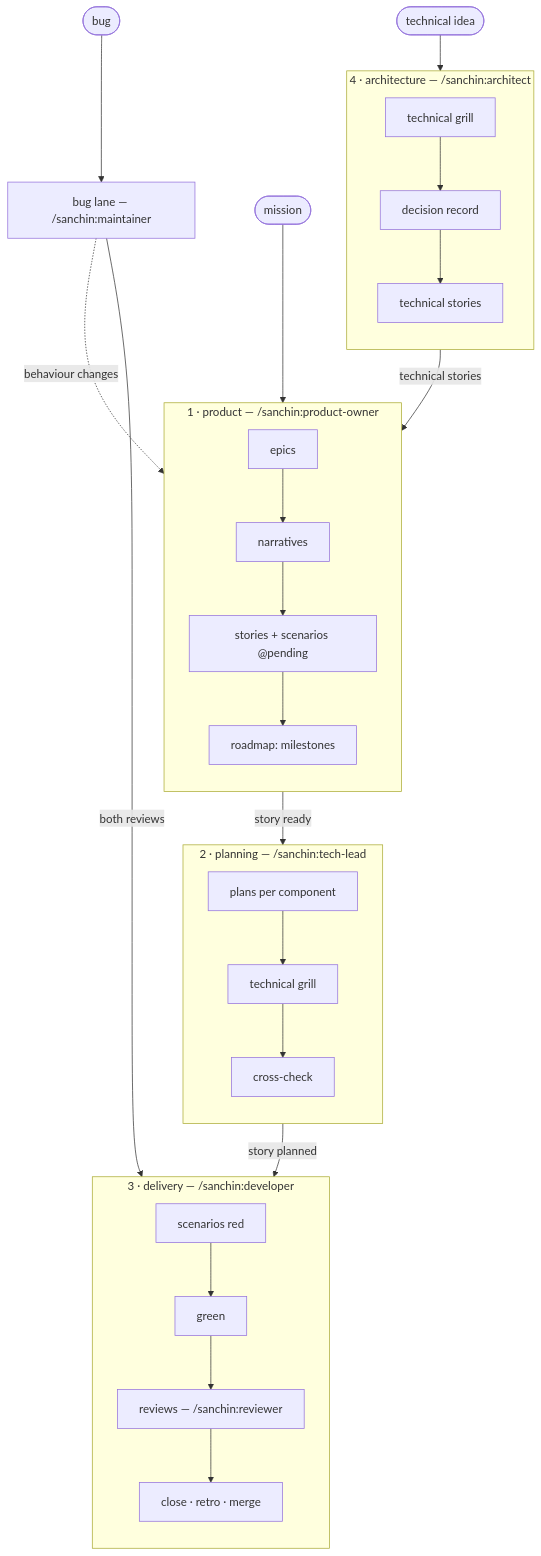
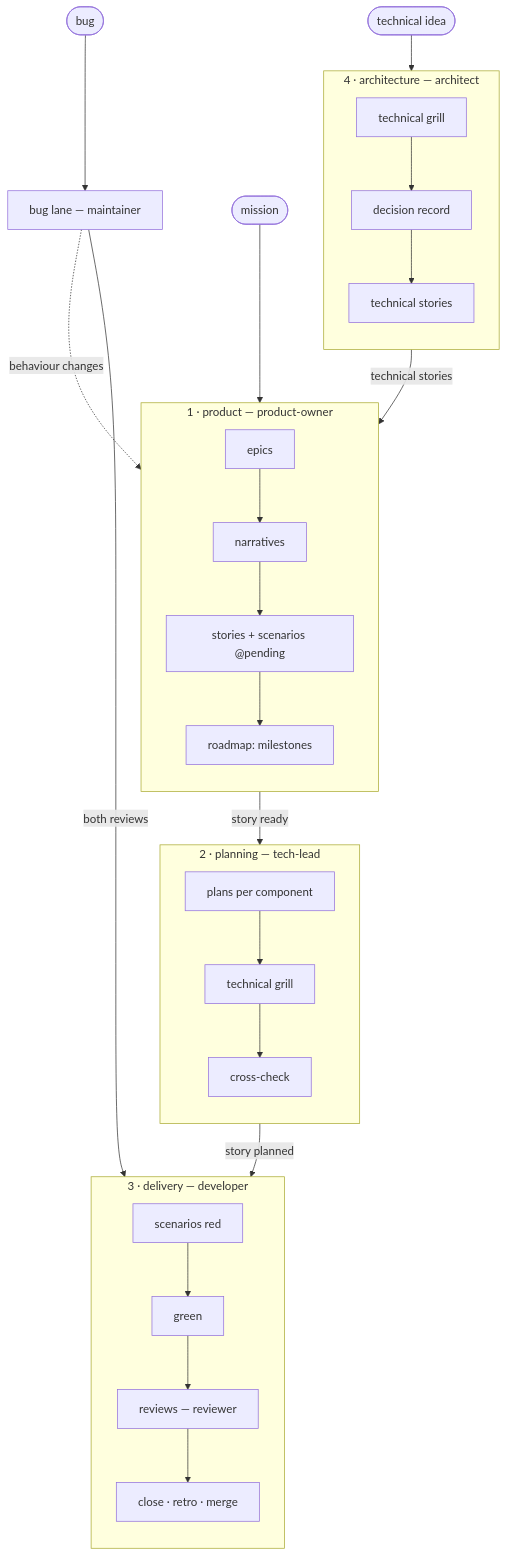
Before and after one commit to rai22474/sanchin: the diagram in docs/process/index.md, drawn with Mermaid. The commit also changed other lines of this file and 36 other files, not shown here.

````diff
--- a/docs/process/index.md
+++ b/docs/process/index.md
@@ -35,27 +38,27 @@
 ```mermaid
 flowchart TD
   M([mission]) --> PO
-  subgraph PO["1 · product — /sanchin:product-owner"]
+  subgraph PO["1 · product — product-owner"]
     direction TB
     E["epics"] --> N["narratives"] --> S["stories + scenarios @pending"] --> R["roadmap: milestones"]
   end
   PO -- "story ready" --> TL
-  subgraph TL["2 · planning — /sanchin:tech-lead"]
+  subgraph TL["2 · planning — tech-lead"]
     direction TB
     P["plans per component"] --> T["technical grill"] --> X["cross-check"]
   end
   TL -- "story planned" --> DV
-  subgraph DV["3 · delivery — /sanchin:developer"]
+  subgraph DV["3 · delivery — developer"]
     direction TB
-    RD["scenarios red"] --> G["green"] --> V["reviews — /sanchin:reviewer"] --> C["close · retro · merge"]
+    RD["scenarios red"] --> G["green"] --> V["reviews — reviewer"] --> C["close · retro · merge"]
   end
   I([technical idea]) --> AR
-  subgraph AR["4 · architecture — /sanchin:architect"]
+  subgraph AR["4 · architecture — architect"]
     direction TB
     AG["technical grill"] --> ADR["decision record"] --> TS["technical stories"]
   end
   AR -- "technical stories" --> PO
-  B([bug]) --> MT["bug lane — /sanchin:maintainer"]
+  B([bug]) --> MT["bug lane — maintainer"]
   MT -. "behaviour changes" .-> PO
   MT -- "both reviews" --> V
 ```
````
